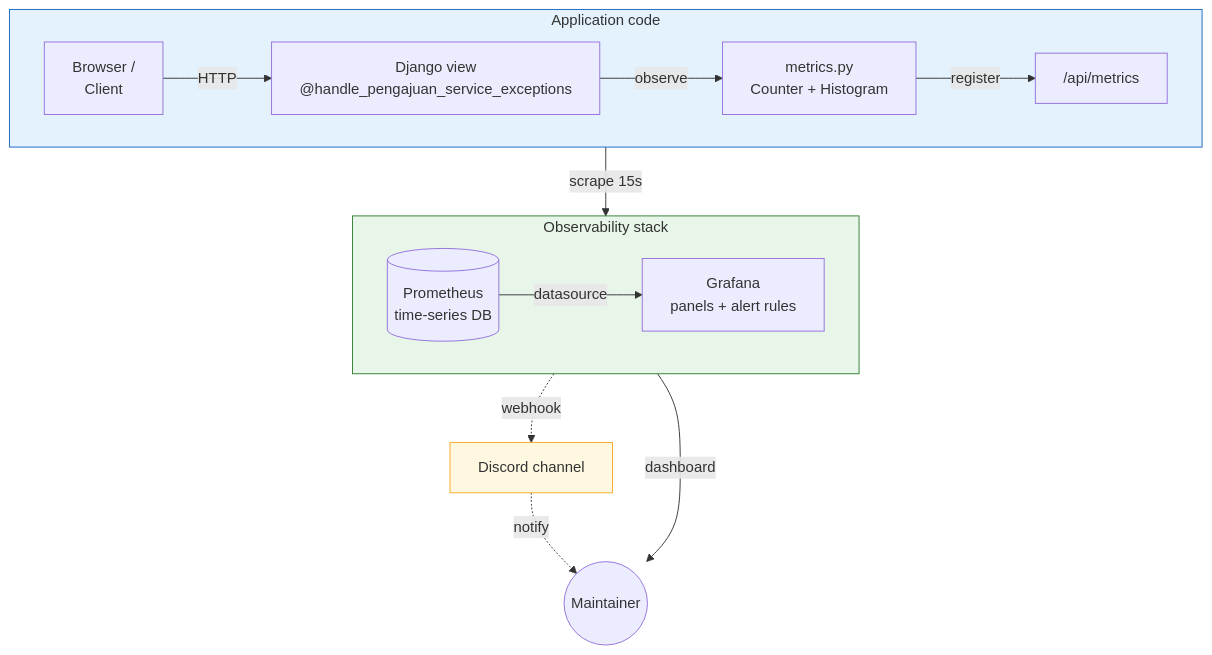
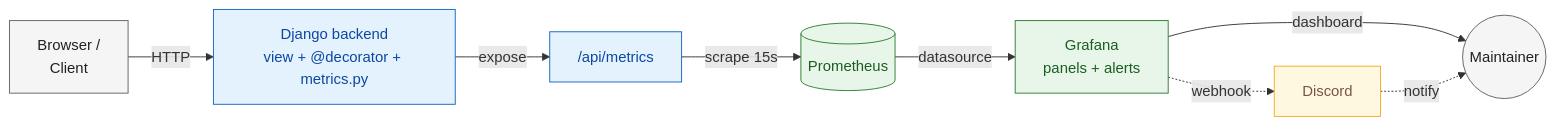
One commit to HusinHakim/blog-husin changed the diagram in content/post/monitoring-pengajuan-prometheus.md. Above: the diagram before and after it, drawn with Mermaid.

Commit message:
Simplify monitoring diagram to 7 nodes LR so it fits without scroll or text overlap

```diff
--- a/content/post/monitoring-pengajuan-prometheus.md
+++ b/content/post/monitoring-pengajuan-prometheus.md
@@ -16,24 +16,28 @@
 {{< mermaid >}}
-flowchart TB
-    subgraph App["Application code"]
-        direction LR
-        Client["Browser /<br/>Client"] -->|HTTP| Django["Django view<br/>@handle_pengajuan_service_exceptions"]
-        Django -->|observe| Metrics["metrics.py<br/>Counter + Histogram"]
-        Metrics -->|register| Endpoint["/api/metrics"]
-    end
+flowchart LR
+    Client["Browser /<br/>Client"]
+    Backend["Django backend<br/>view + @decorator + metrics.py"]
+    Endpoint["/api/metrics"]
+    Prom[("Prometheus")]
+    Grafana["Grafana<br/>panels + alerts"]
+    Discord["Discord"]
+    Maint((Maintainer))
 
-    subgraph Stack["Observability stack"]
-        direction LR
-        Prom[("Prometheus<br/>time-series DB")] -->|datasource| Grafana["Grafana<br/>panels + alert rules"]
-    end
-
+    Client -->|HTTP| Backend
+    Backend -->|expose| Endpoint
     Endpoint -->|scrape 15s| Prom
-
-    Grafana -->|dashboard| Maint((Maintainer))
-    Grafana -.->|webhook| Discord["Discord channel"]
+    Prom -->|datasource| Grafana
+    Grafana -->|dashboard| Maint
+    Grafana -.->|webhook| Discord
     Discord -.->|notify| Maint
 
-    style App fill:#e3f2fd,stroke:#1565c0,stroke-width:1px
-    style Stack fill:#e8f5e9,stroke:#2e7d32,stroke-width:1px
-    style Discord fill:#fff8e1,stroke:#f9a825
+    classDef app fill:#e3f2fd,stroke:#1565c0,color:#0d47a1
+    classDef stack fill:#e8f5e9,stroke:#2e7d32,color:#1b5e20
+    classDef notify fill:#fff8e1,stroke:#f9a825,color:#795548
+    classDef actor fill:#f5f5f5,stroke:#616161,color:#212121
+
+    class Backend,Endpoint app
+    class Prom,Grafana stack
+    class Discord notify
+    class Client,Maint actor
 {{< /mermaid >}}
```
